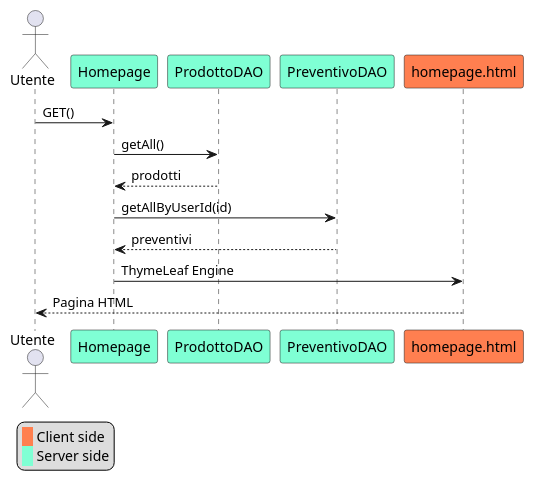
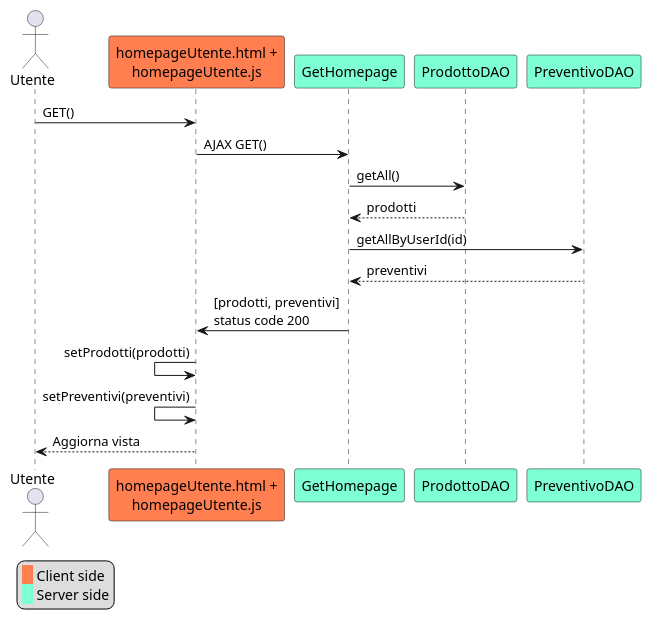
The diagram in doc/sequence_diagrams/JS/homepageUtenteJS.puml (jonnysciar/TIW_Project), drawn with PlantUML before and after one commit. The commit also changed 8 other files, not shown here.

Commit message:
JS sequence diagram complete

```diff
--- a/doc/sequence_diagrams/JS/homepageUtenteJS.puml
+++ b/doc/sequence_diagrams/JS/homepageUtenteJS.puml
@@ -1,23 +1,27 @@
 @startuml
 legend left
  <back:#coral>   </back> Client side
  <back:#aquamarine>   </back> Server side
 endlegend
 
 actor Utente as utente
+skinparam ParticipantBackgroundColor coral
+participant "homepageUtente.html +\nhomepageUtente.js" as homepage
 skinparam ParticipantBackgroundColor aquamarine
-participant Homepage
+participant GetHomepage
 participant ProdottoDAO
 participant PreventivoDAO
-skinparam ParticipantBackgroundColor coral
-participant "homepage.html" as homepage
 
-utente -> Homepage: GET()
+
+utente -> homepage: GET()
 skinparam ParticipantBackgroundColor aquamarine
-Homepage -> ProdottoDAO: getAll()
-ProdottoDAO --> Homepage: prodotti
-Homepage -> PreventivoDAO: getAllByUserId(id)
-PreventivoDAO --> Homepage: preventivi
-Homepage -> homepage: ThymeLeaf Engine
-homepage -->utente: Pagina HTML
+homepage -> GetHomepage: AJAX GET()
+GetHomepage -> ProdottoDAO: getAll()
+ProdottoDAO --> GetHomepage: prodotti
+GetHomepage -> PreventivoDAO: getAllByUserId(id)
+PreventivoDAO --> GetHomepage: preventivi
+GetHomepage -> homepage: [prodotti, preventivi]\nstatus code 200
+homepage <- homepage: setProdotti(prodotti)
+homepage <- homepage: setPreventivi(preventivi)
+homepage --> utente: Aggiorna vista
 @enduml
```
